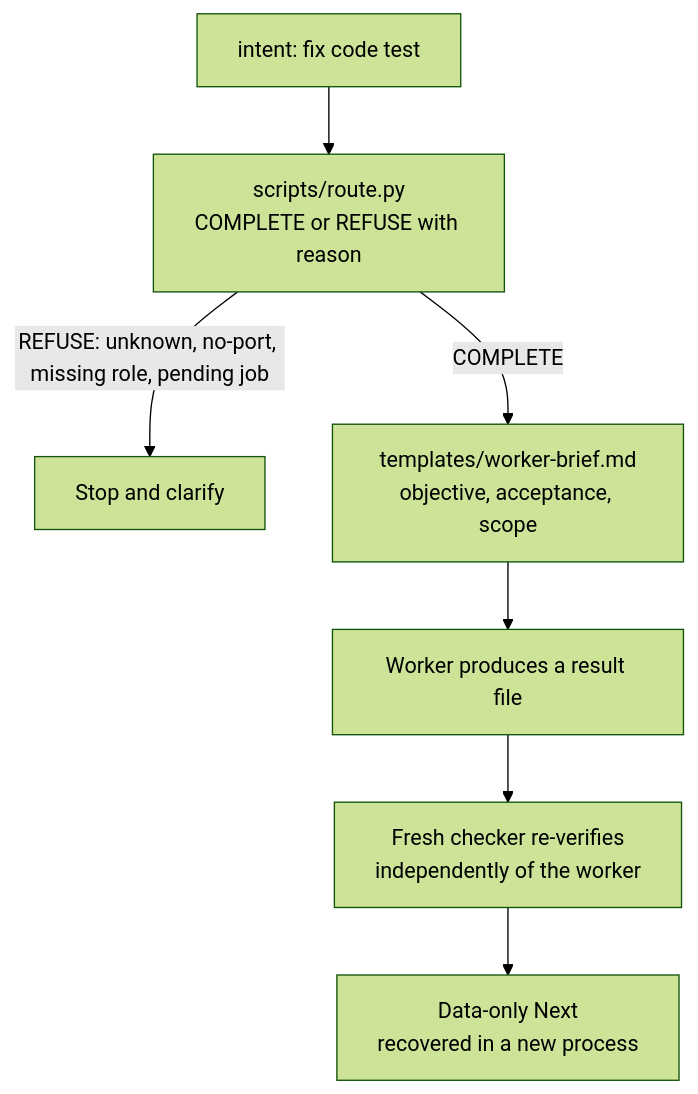
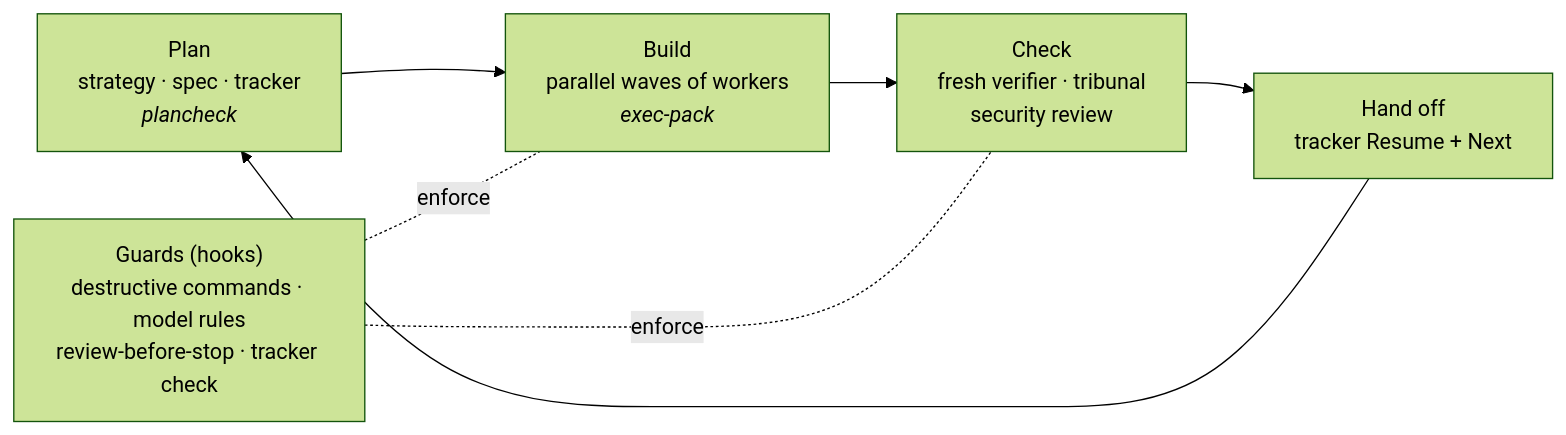
One commit to nik110403/ai-architecture changed the diagram in README.md. Above: the diagram before and after it, drawn with Mermaid (forest theme). The commit also changed other lines of this file and 162 other files, not shown here.

Commit message:
Publish AI Architecture Collection 0.4.0 preview

````diff
--- a/README.md
+++ b/README.md
@@ -65,9 +14,9 @@
 ```mermaid
-flowchart TD
-  A["intent: fix code test"] --> B["scripts/route.py<br/>COMPLETE or REFUSE with reason"]
-  B -->|REFUSE: unknown, no-port, missing role, pending job| Z[Stop and clarify]
-  B -->|COMPLETE| C["templates/worker-brief.md<br/>objective, acceptance, scope"]
-  C --> D[Worker produces a result file]
-  D --> E["Fresh checker re-verifies<br/>independently of the worker"]
-  E --> F["Data-only Next<br/>recovered in a new process"]
+flowchart LR
+  P["Plan<br/>strategy · spec · tracker<br/><i>plancheck</i>"] --> B["Build<br/>parallel waves of workers<br/><i>exec-pack</i>"]
+  B --> C["Check<br/>fresh verifier · tribunal<br/>security review"]
+  C --> H["Hand off<br/>tracker Resume + Next"]
+  H --> P
+  G["Guards (hooks)<br/>destructive commands · model rules<br/>review-before-stop · tracker check"] -. enforce .- B
+  G -. enforce .- C
 ```
````
